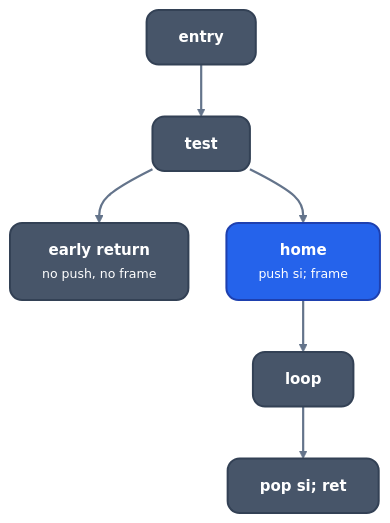
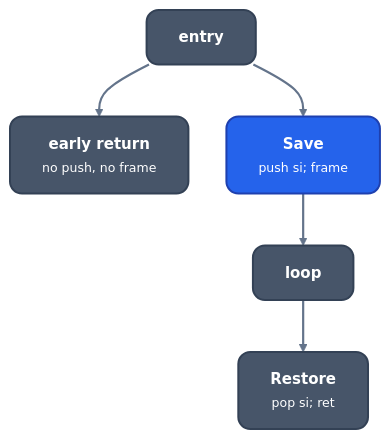
The diagram in docs/optimizations/backend/shrinkwrap.md (ali-mosavian/llrm), drawn with Mermaid before and after one commit. The commit also changed other lines of this file and 7 other files, not shown here.

First line of the commit message:
feat(shrinkwrap): masm places one Save and one Restore (B7 S2)

````diff
--- a/docs/optimizations/backend/shrinkwrap.md
+++ b/docs/optimizations/backend/shrinkwrap.md
@@ -18,18 +21,16 @@
 ```mermaid
 %%{init: {'theme':'base','themeVariables':{'fontFamily':'Segoe UI, Helvetica Neue, Arial, DejaVu Sans, sans-serif','fontSize':'15px','primaryColor':'#475569','primaryTextColor':'#ffffff','primaryBorderColor':'#334155','lineColor':'#64748b','secondaryColor':'#475569','tertiaryColor':'transparent','clusterBkg':'transparent','clusterBorder':'#64748b','edgeLabelBackground':'#334155','textColor':'#64748b','titleColor':'#64748b'},'flowchart':{'curve':'basis','nodeSpacing':38,'rankSpacing':52,'padding':16,'wrappingWidth':360,'htmlLabels':true,'useMaxWidth':true}}}%%
 flowchart TB
   classDef src fill:#2563eb,stroke:#1e40af,stroke-width:2px,color:#ffffff,rx:12px,ry:12px
   classDef mid fill:#475569,stroke:#334155,stroke-width:2px,color:#ffffff,rx:12px,ry:12px
   linkStyle default stroke:#64748b,stroke-width:2.2px
   entry["<b>entry</b>"]:::mid
-  test["<b>test</b>"]:::mid
   early["<b>early return</b><br/><small>no push, no frame</small>"]:::mid
-  home["<b>home</b><br/><small>push si#59; frame</small>"]:::src
+  save["<b>Save</b><br/><small>push si#59; frame</small>"]:::src
   loop["<b>loop</b>"]:::mid
-  ret["<b>pop si#59; ret</b>"]:::mid
-  entry --> test
-  test --> early
-  test --> home
-  home --> loop
+  ret["<b>Restore</b><br/><small>pop si#59; ret</small>"]:::mid
+  entry --> early
+  entry --> save
+  save --> loop
   loop --> ret
 ```
````
